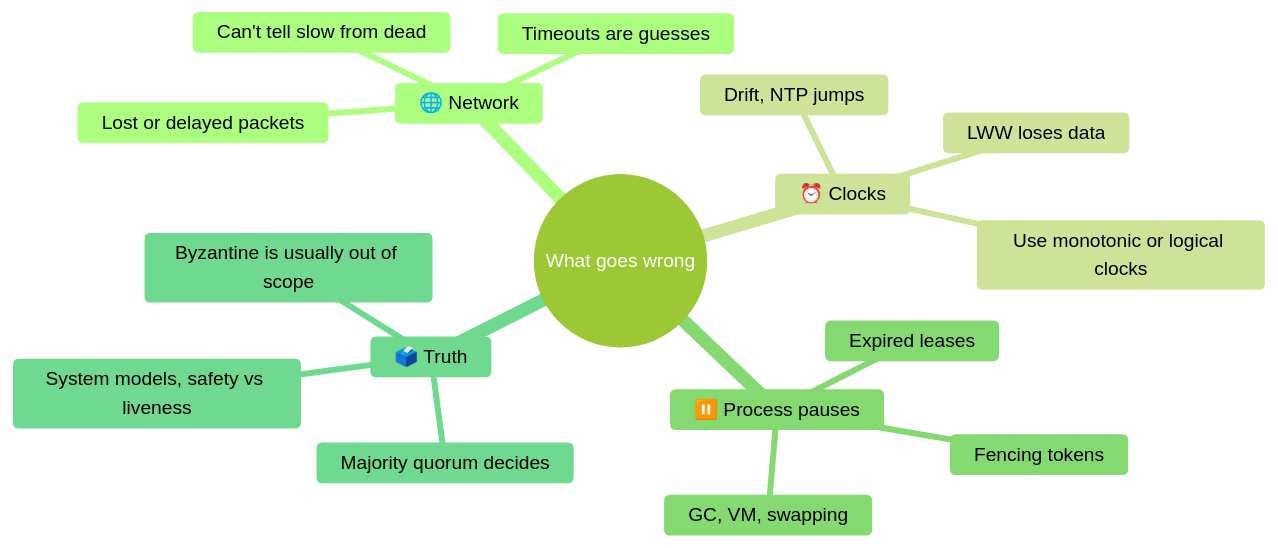
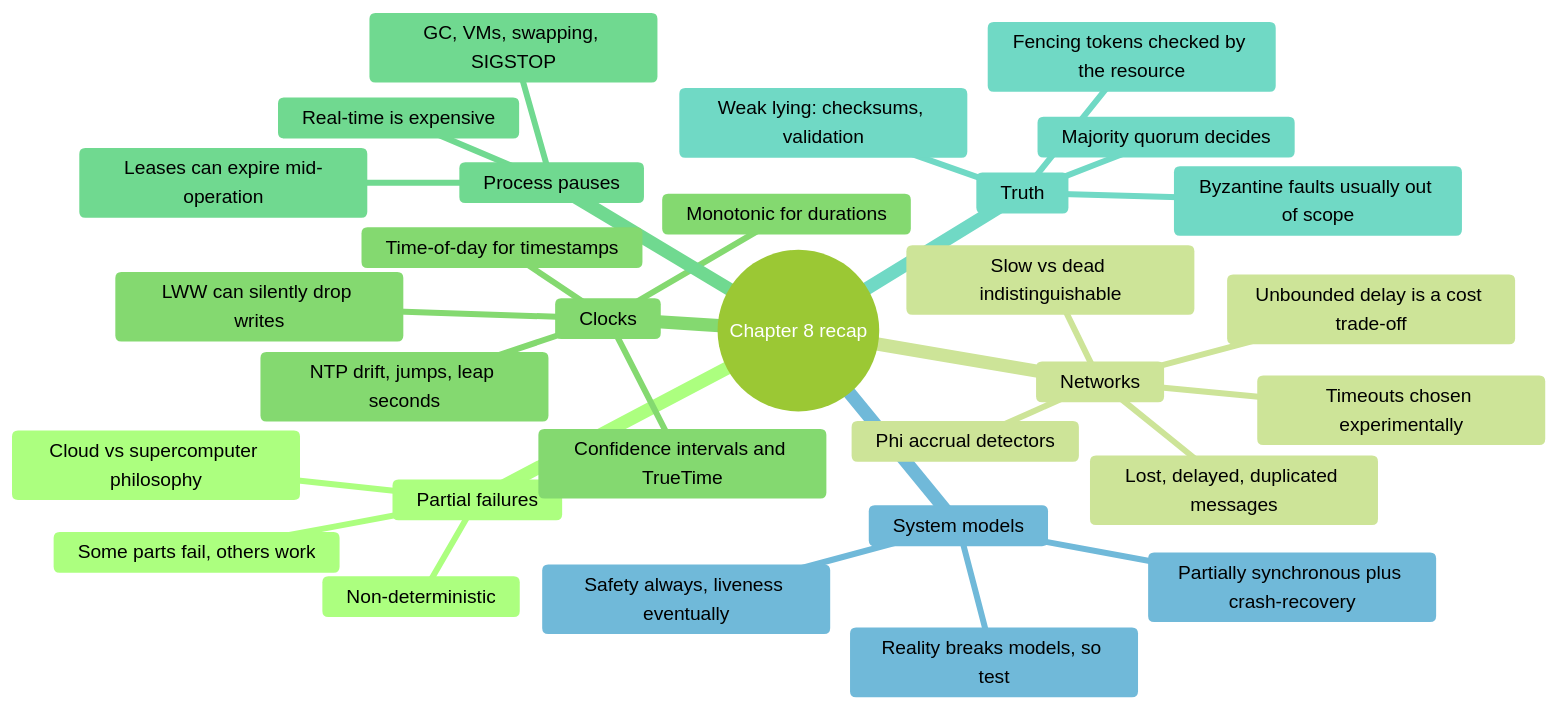
Before and after one commit to pratikguru998/ddia-book: diagram 20 of 20 in docs/chapters/part-2/08-distributed-trouble.mdx, drawn with Mermaid (forest theme). The commit also changed other lines of this file and 13 other files, not shown here.

Commit message:
Expand all 12 chapters: every book subsection, deeper notes, ~320 diagrams

````diff
--- a/docs/chapters/part-2/08-distributed-trouble.mdx
+++ b/docs/chapters/part-2/08-distributed-trouble.mdx
@@ -212,20 +961,33 @@
 ```mermaid
 mindmap
-  root((What goes wrong))
-    🌐 Network
-      Lost or delayed packets
-      Can't tell slow from dead
-      Timeouts are guesses
-    ⏰ Clocks
-      Drift, NTP jumps
-      LWW loses data
-      Use monotonic or logical clocks
-    ⏸️ Process pauses
-      GC, VM, swapping
-      Expired leases
-      Fencing tokens
-    🗳️ Truth
+  root((Chapter 8 recap))
+    Partial failures
+      Some parts fail, others work
+      Non-deterministic
+      Cloud vs supercomputer philosophy
+    Networks
+      Lost, delayed, duplicated messages
+      Slow vs dead indistinguishable
+      Timeouts chosen experimentally
+      Phi accrual detectors
+      Unbounded delay is a cost trade-off
+    Clocks
+      Monotonic for durations
+      Time-of-day for timestamps
+      NTP drift, jumps, leap seconds
+      LWW can silently drop writes
+      Confidence intervals and TrueTime
+    Process pauses
+      GC, VMs, swapping, SIGSTOP
+      Leases can expire mid-operation
+      Real-time is expensive
+    Truth
       Majority quorum decides
-      Byzantine is usually out of scope
-      System models, safety vs liveness
+      Fencing tokens checked by the resource
+      Byzantine faults usually out of scope
+      Weak lying: checksums, validation
+    System models
+      Partially synchronous plus crash-recovery
+      Safety always, liveness eventually
+      Reality breaks models, so test
 ```
````
